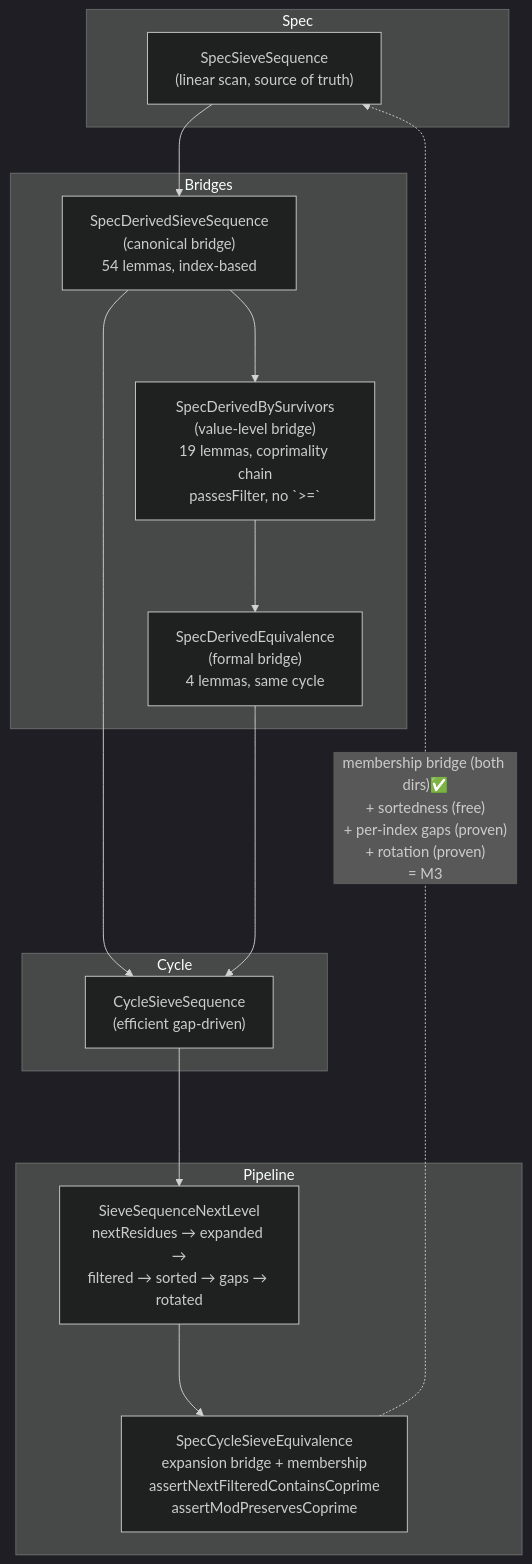
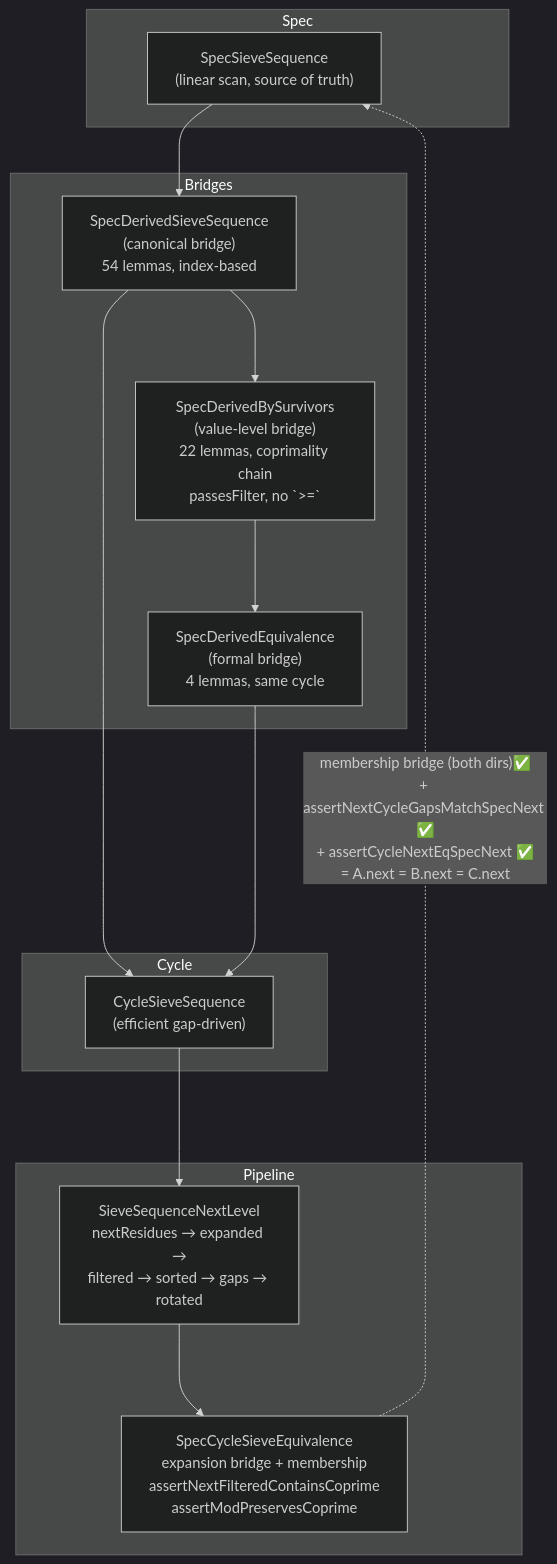
The fourth of 5 diagrams in docs/architecture.md (thiagomata/prime-numbers), drawn with Mermaid (dark theme) before and after one commit. The commit also changed other lines of this file and 4 other files, not shown here.

Commit message:
assertSpecCanonicalCycleNextMatch

````diff
--- a/docs/architecture.md
+++ b/docs/architecture.md
@@ -202,27 +190,27 @@
 ```mermaid
 flowchart TB
     subgraph Spec
         SS["SpecSieveSequence\n(linear scan, source of truth)"]
     end
     subgraph Bridges
         SDS["SpecDerivedSieveSequence\n(canonical bridge)\n54 lemmas, index-based"]
-        SDBS["SpecDerivedBySurvivors\n(value-level bridge)\n19 lemmas, coprimality chain\npassesFilter, no `>=`"]
+        SDBS["SpecDerivedBySurvivors\n(value-level bridge)\n22 lemmas, coprimality chain\npassesFilter, no `>=`"]
         SDE["SpecDerivedEquivalence\n(formal bridge)\n4 lemmas, same cycle"]
     end
     subgraph Cycle
         CS["CycleSieveSequence\n(efficient gap-driven)"]
     end
     subgraph Pipeline
         SNL["SieveSequenceNextLevel\nnextResidues → expanded →\nfiltered → sorted → gaps → rotated"]
         SCE["SpecCycleSieveEquivalence\nexpansion bridge + membership\nassertNextFilteredContainsCoprime\nassertModPreservesCoprime"]
     end
 
     SS --> SDS
     SDS --> CS
     SDS ---> SDBS
     SDBS ---> SDE
     SDE ---> CS
     CS ---> SNL
     SNL ---> SCE
-    SCE -. "membership bridge (both dirs)✅\n+ sortedness (free)\n+ per-index gaps (proven)\n+ rotation (proven)\n= M3" .-> SS
+    SCE -. "membership bridge (both dirs)✅\n+ assertNextCycleGapsMatchSpecNext ✅\n+ assertCycleNextEqSpecNext ✅\n= A.next = B.next = C.next" .-> SS
 ```
````
